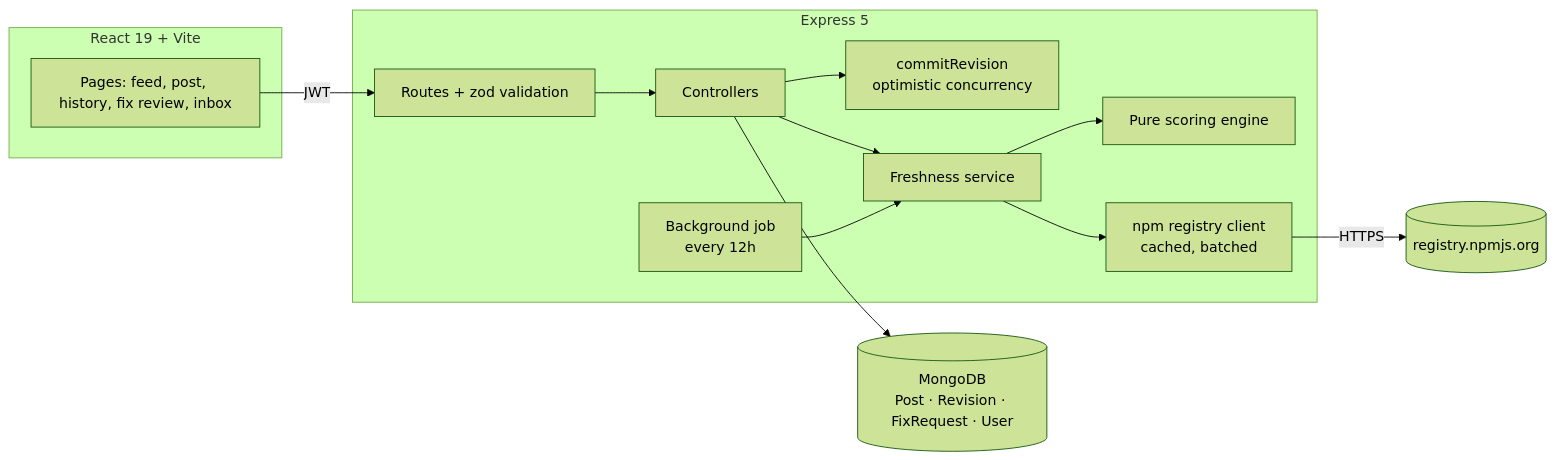
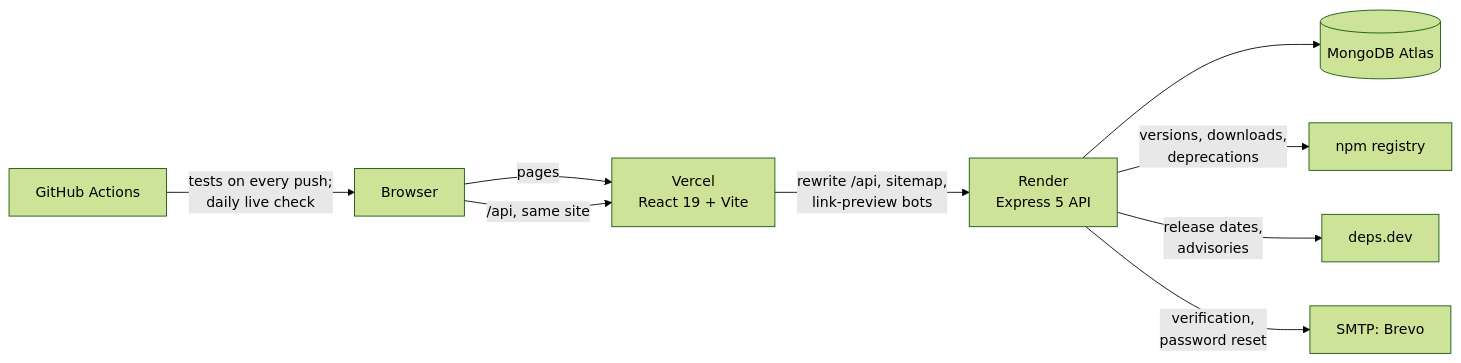
One commit to dhiru-7411/evergreen changed the diagram in README.md. Above: the diagram before and after it, drawn with Mermaid (forest theme). The commit also changed other lines of this file and 11 other files, not shown here.

First line of the commit message:
Rewrite README for Evergreen as it is now; API reference and roadmap

````diff
--- a/README.md
+++ b/README.md
@@ -27,17 +55,11 @@
 ```mermaid
 flowchart LR
-  subgraph Client [React 19 + Vite]
-    UI[Pages: feed, post, history, fix review, inbox]
-  end
-  subgraph API [Express 5]
-    R[Routes + zod validation] --> C[Controllers]
-    C --> RV[commitRevision<br/>optimistic concurrency]
-    C --> FS[Freshness service]
-    JOB[Background job<br/>every 12h] --> FS
-    FS --> SC[Pure scoring engine]
-    FS --> NPM[npm registry client<br/>cached, batched]
-  end
-  UI -- JWT --> R
-  NPM -- HTTPS --> REG[(registry.npmjs.org)]
-  C --> DB[(MongoDB<br/>Post · Revision · FixRequest · User)]
+  B[Browser] -->|pages| V[Vercel<br/>React 19 + Vite]
+  B -->|/api, same site| V
+  V -->|rewrite /api, sitemap,<br/>link-preview bots| R[Render<br/>Express 5 API]
+  R --> DB[(MongoDB Atlas)]
+  R -->|versions, downloads,<br/>deprecations| NPM[npm registry]
+  R -->|release dates,<br/>advisories| DD[deps.dev]
+  R -->|verification,<br/>password reset| M[SMTP: Brevo]
+  GH[GitHub Actions] -->|tests on every push;<br/>daily live check| B
 ```
````
